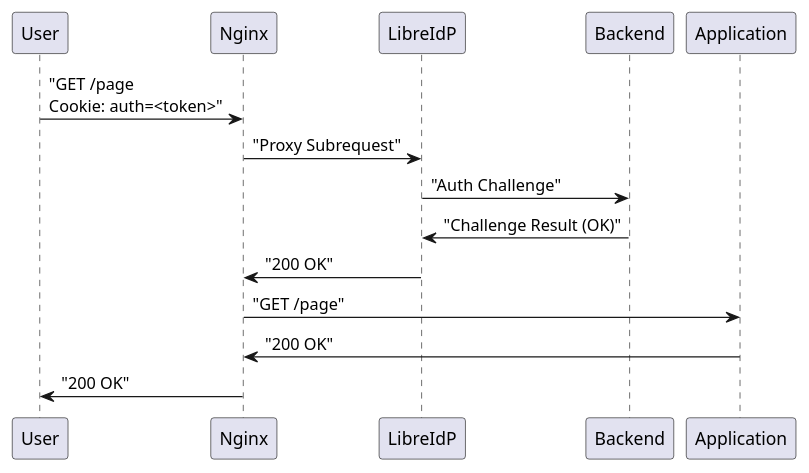
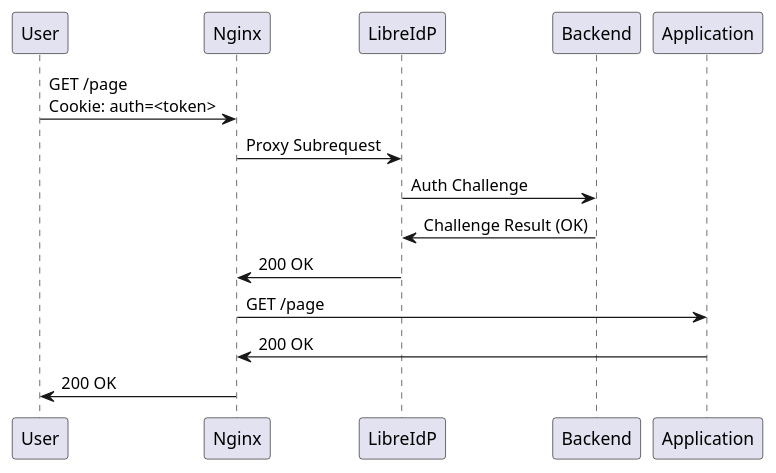
Before and after one commit to AmateurECE/twardyece-blog: the third of 4 diagrams in _posts/2022-08-13-libreidp.md, drawn with PlantUML. The commit also changed other lines of this file, not shown here.

Commit message:
Update diagrams in LibreIdP introduction post

```diff
--- a/_posts/2022-08-13-libreidp.md
+++ b/_posts/2022-08-13-libreidp.md
@@ -72,10 +74,10 @@
 {% plantuml %}
-User -> Nginx: "GET /page\nCookie: auth=<token>"
-Nginx -> LibreIdP: "Proxy Subrequest"
-LibreIdP -> Backend: "Auth Challenge"
-Backend -> LibreIdP: "Challenge Result (OK)"
-LibreIdP -> Nginx: "200 OK"
-Nginx -> Application: "GET /page"
-Application -> Nginx: "200 OK"
-Nginx -> User: "200 OK"
+User -> Nginx: GET /page\nCookie: auth=<token>
+Nginx -> LibreIdP: Proxy Subrequest
+LibreIdP -> Backend: Auth Challenge
+Backend -> LibreIdP: Challenge Result (OK)
+LibreIdP -> Nginx: 200 OK
+Nginx -> Application: GET /page
+Application -> Nginx: 200 OK
+Nginx -> User: 200 OK
 {% endplantuml %}
```
